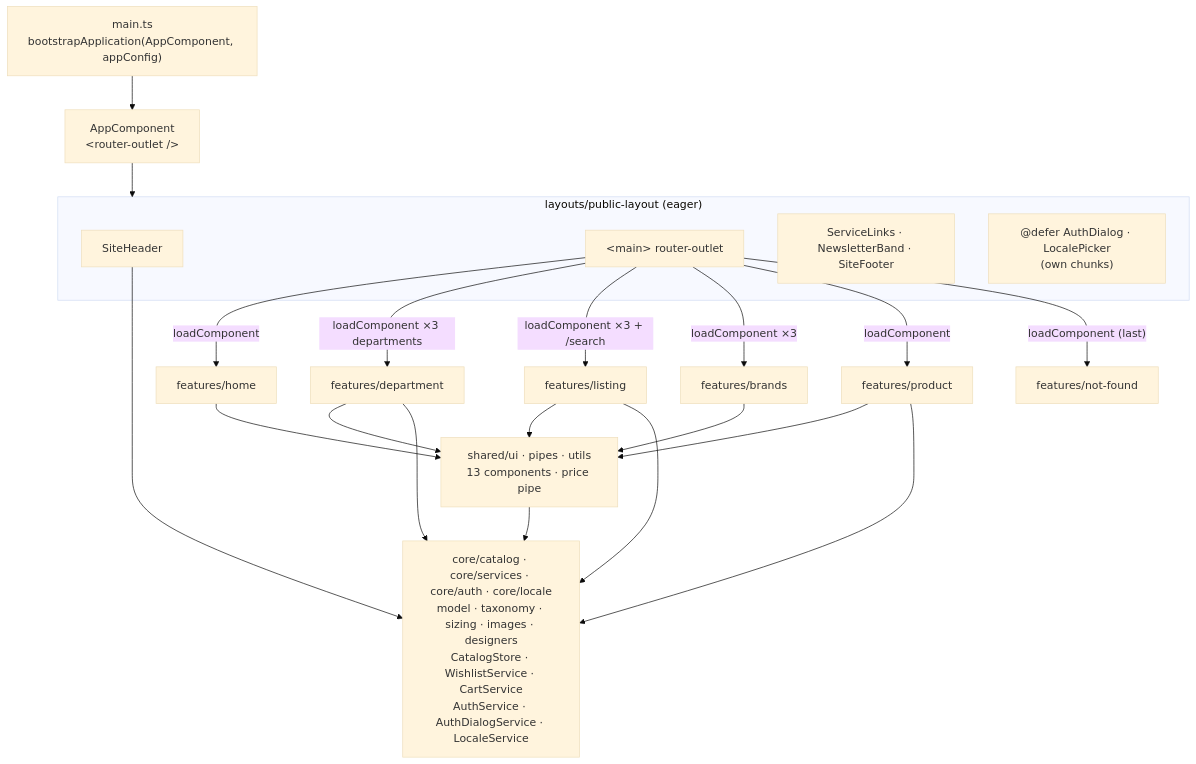
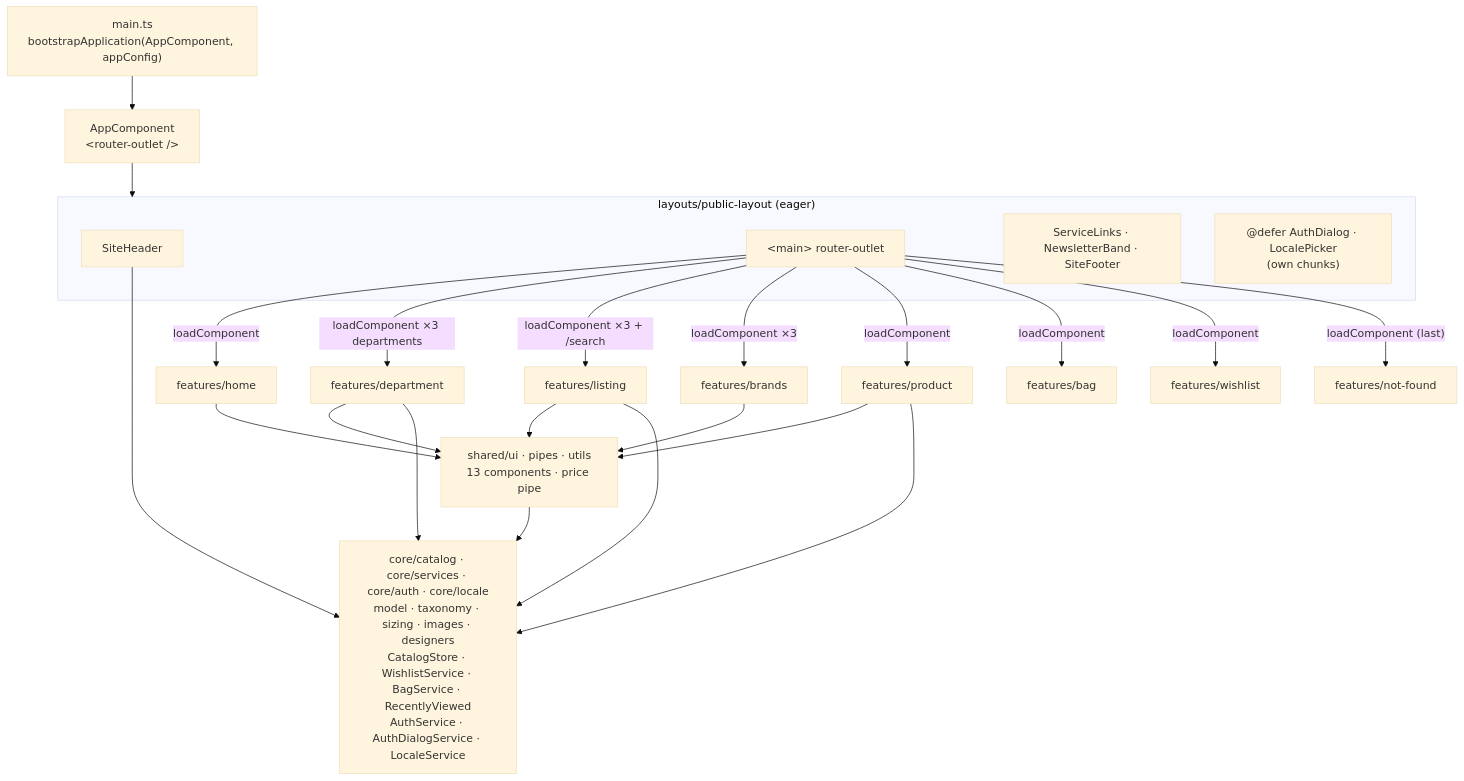
Before and after one commit to CristianSifuentes/stitchFarfetchStoreOnline: the first of 2 diagrams in README.md, drawn with Mermaid (base theme). The commit also changed other lines of this file and 19 other files, not shown here.

````diff
--- a/README.md
+++ b/README.md
@@ -164,33 +167,35 @@
 ```mermaid
 flowchart TD
     main["main.ts<br/>bootstrapApplication(AppComponent, appConfig)"] --> App["AppComponent<br/>&lt;router-outlet /&gt;"]
     App --> Layout
 
     subgraph Layout["layouts/public-layout (eager)"]
       Header["SiteHeader"]
       Outlet["&lt;main&gt; router-outlet"]
       Below["ServiceLinks · NewsletterBand · SiteFooter"]
       Auth["@defer AuthDialog · LocalePicker<br/>(own chunks)"]
     end
 
     Outlet -->|loadComponent| Home["features/home"]
     Outlet -->|"loadComponent ×3 departments"| Dept["features/department"]
     Outlet -->|"loadComponent ×3 + /search"| Listing["features/listing"]
     Outlet -->|"loadComponent ×3"| Brands["features/brands"]
     Outlet -->|loadComponent| Product["features/product"]
+    Outlet -->|loadComponent| Bag["features/bag"]
+    Outlet -->|loadComponent| Wish["features/wishlist"]
     Outlet -->|"loadComponent (last)"| NotFound["features/not-found"]
 
     Shared["shared/ui · pipes · utils<br/>13 components · price pipe"]
-    Core["core/catalog · core/services · core/auth · core/locale<br/>model · taxonomy · sizing · images · designers<br/>CatalogStore · WishlistService · CartService<br/>AuthService · AuthDialogService · LocaleService"]
+    Core["core/catalog · core/services · core/auth · core/locale<br/>model · taxonomy · sizing · images · designers<br/>CatalogStore · WishlistService · BagService · RecentlyViewed<br/>AuthService · AuthDialogService · LocaleService"]
 
     Home --> Shared
     Dept --> Shared
     Listing --> Shared
     Brands --> Shared
     Product --> Shared
     Shared --> Core
     Dept --> Core
     Listing --> Core
     Product --> Core
     Header --> Core
 ```
````
